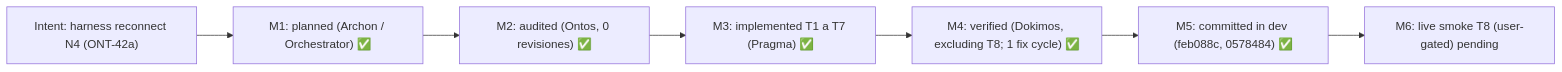
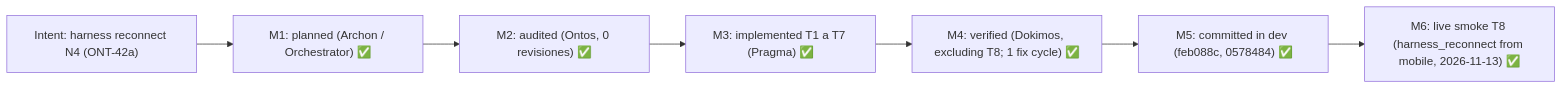
Diagram 18 of 28 in README.md (ancrz/agent-execution-plane), drawn with Mermaid before and after one commit. The commit also changed other lines of this file and 3 other files, not shown here.

````diff
--- a/README.md
+++ b/README.md
@@ -1118,9 +1118,9 @@
 ```mermaid
 flowchart LR
     I["Intent: harness reconnect N4 (ONT-42a)"] --> M1["M1: planned (Archon / Orchestrator) ✅"]
     M1 --> M2["M2: audited (Ontos, 0 revisiones) ✅"]
     M2 --> M3["M3: implemented T1 a T7 (Pragma) ✅"]
     M3 --> M4["M4: verified (Dokimos, excluding T8; 1 fix cycle) ✅"]
     M4 --> M5["M5: committed in dev (feb088c, 0578484) ✅"]
-    M5 --> M6["M6: live smoke T8 (user-gated) pending"]
+    M5 --> M6["M6: live smoke T8 (harness_reconnect from mobile, 2026-11-13) ✅"]
 ```
````
